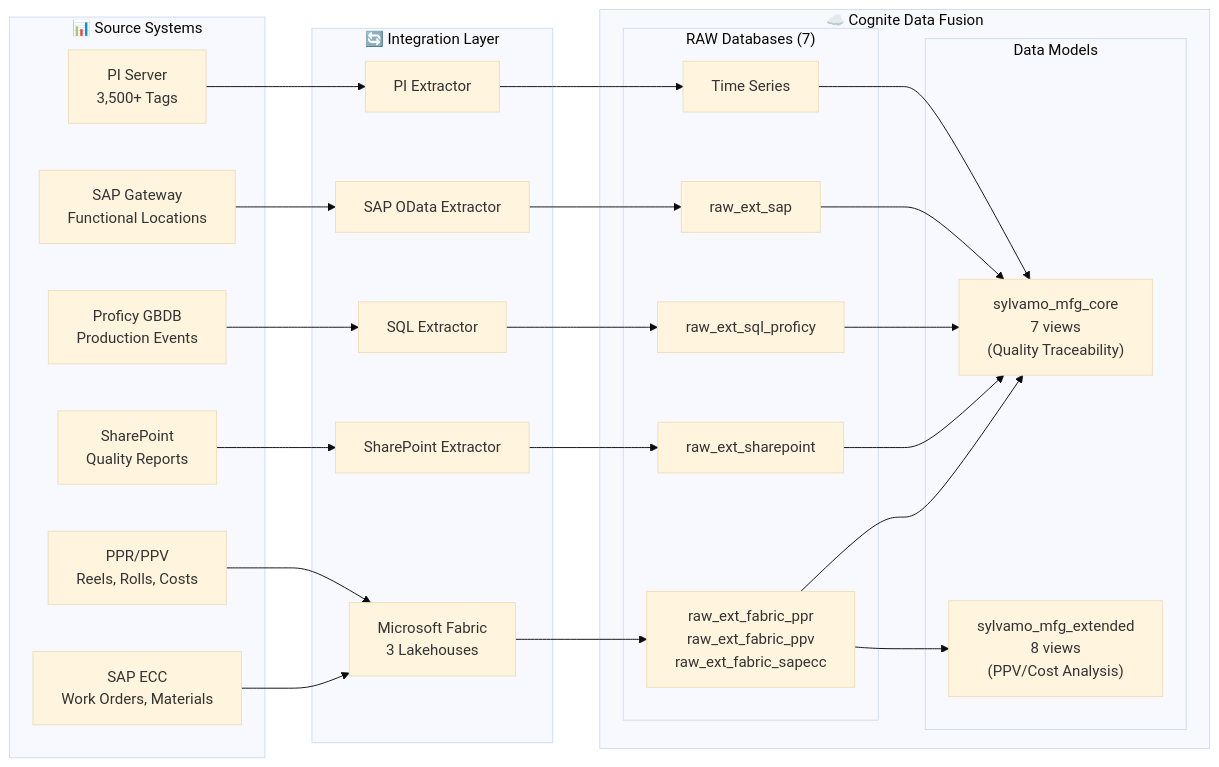
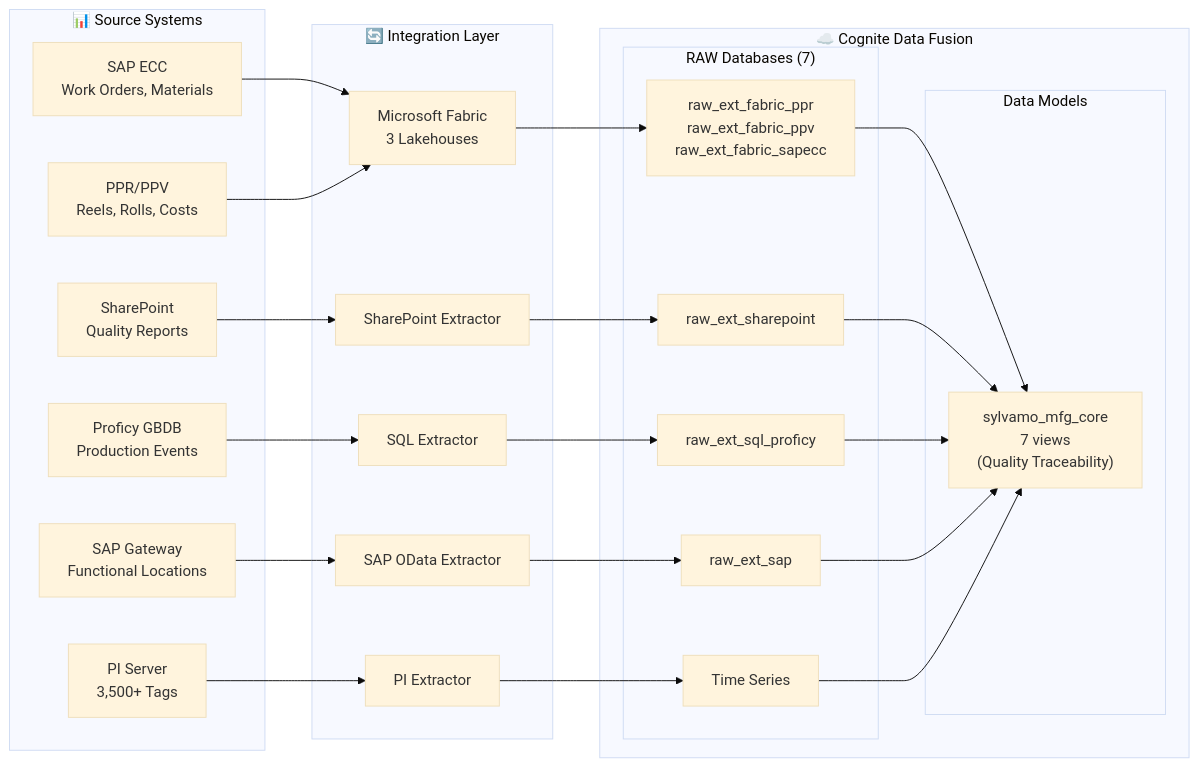
The third of 3 diagrams in README.md (fbarsoba-cognite/sylvamo-project-documentation), drawn with Mermaid (base theme) before and after one commit. The commit also changed other lines of this file and 43 other files, not shown here.

````diff
--- a/README.md
+++ b/README.md
@@ -388,48 +276,46 @@
 ```mermaid
 flowchart LR
     subgraph Sources["📊 Source Systems"]
         SAPECC["SAP ECC<br/>Work Orders, Materials"]
         SAPGW["SAP Gateway<br/>Functional Locations"]
         PPR["PPR/PPV<br/>Reels, Rolls, Costs"]
         SP["SharePoint<br/>Quality Reports"]
         PROF["Proficy GBDB<br/>Production Events"]
         PI["PI Server<br/>3,500+ Tags"]
     end
 
     subgraph Integration["🔄 Integration Layer"]
         FAB["Microsoft Fabric<br/>3 Lakehouses"]
         SPX["SharePoint Extractor"]
         SQLX["SQL Extractor"]
         PIX["PI Extractor"]
         SAPX["SAP OData Extractor"]
     end
 
     subgraph CDF["☁️ Cognite Data Fusion"]
         subgraph RAW["RAW Databases (7)"]
             R1["raw_ext_fabric_ppr<br/>raw_ext_fabric_ppv<br/>raw_ext_fabric_sapecc"]
             R2["raw_ext_sharepoint"]
             R3["raw_ext_sql_proficy"]
             R4["raw_ext_sap"]
             TS["Time Series"]
         end
         subgraph Models["Data Models"]
             CORE["sylvamo_mfg_core<br/>7 views<br/>(Quality Traceability)"]
-            EXT["sylvamo_mfg_extended<br/>8 views<br/>(PPV/Cost Analysis)"]
         end
     end
 
     SAPECC --> FAB
     PPR --> FAB
     SAPGW --> SAPX --> R4
     FAB --> R1
     SP --> SPX --> R2
     PROF --> SQLX --> R3
     PI --> PIX --> TS
 
     R1 --> CORE
     R2 --> CORE
     R3 --> CORE
     R4 --> CORE
     TS --> CORE
-    R1 --> EXT
 ```
````
